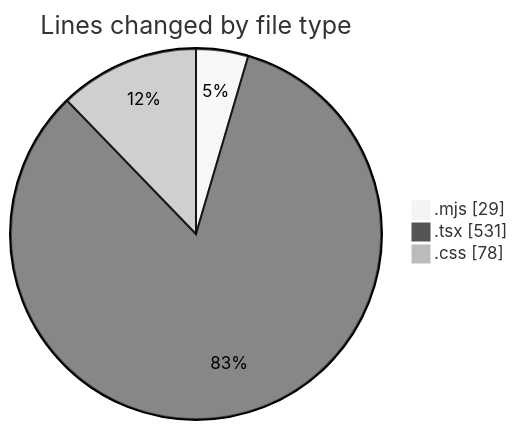
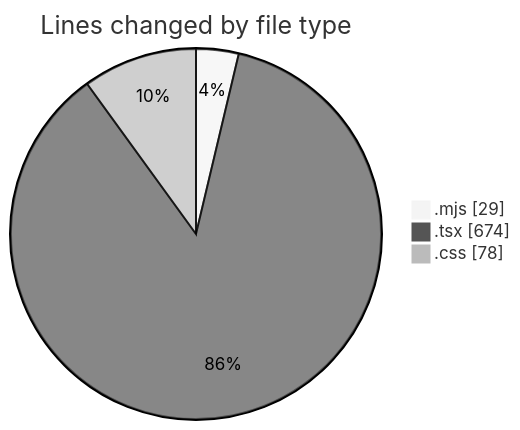
Before and after one commit to ernivani/code-tracking: the first of 2 diagrams in 2025-01-03/impin_fr/README.md, drawn with Mermaid (neutral theme). The commit also changed other lines of this file and 4 other files, not shown here.

````diff
--- a/2025-01-03/impin_fr/README.md
+++ b/2025-01-03/impin_fr/README.md
@@ -27,7 +29,7 @@
 ```mermaid
 pie showData
 title Lines changed by file type
 ".mjs" : 29
-".tsx" : 531
+".tsx" : 674
 ".css" : 78
 ```
````
